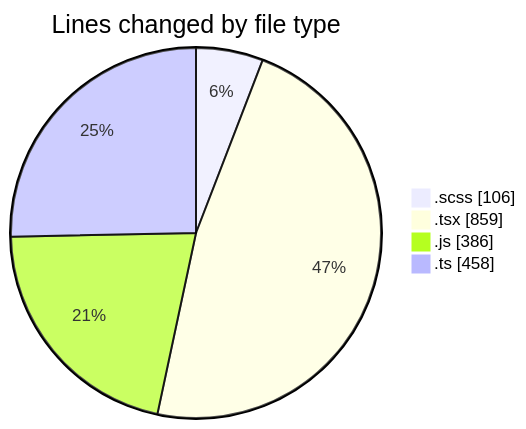
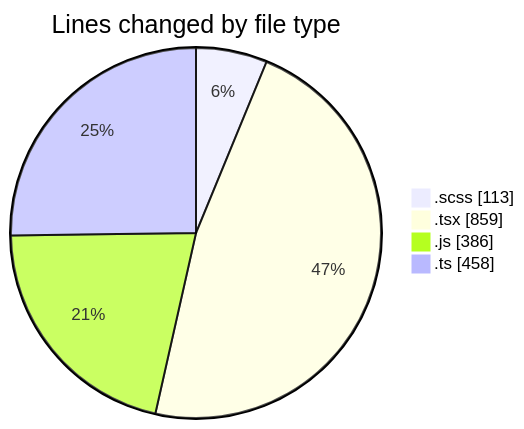
The first of 2 diagrams in 2025-03-14/cda/README.md (momahboobian/code-tracking), drawn with Mermaid before and after one commit. The commit also changed other lines of this file and 1 other file, not shown here.

````diff
--- a/2025-03-14/cda/README.md
+++ b/2025-03-14/cda/README.md
@@ -34,8 +34,8 @@
 ```mermaid
 pie showData
 title Lines changed by file type
-".scss" : 106
+".scss" : 113
 ".tsx" : 859
 ".js" : 386
 ".ts" : 458
 ```
````
